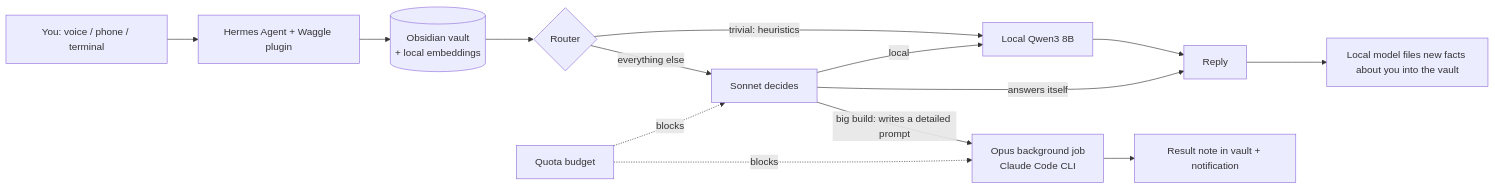
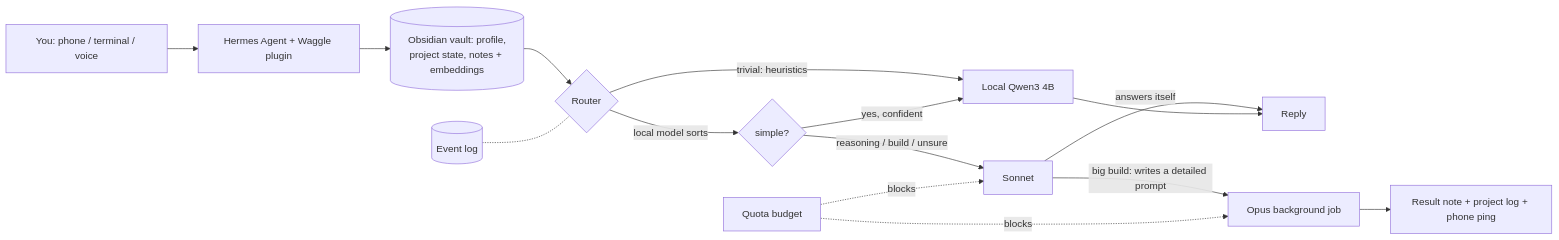
One commit to LILRINO71/waggle changed the diagram in README.md. Above: the diagram before and after it, drawn with Mermaid. The commit also changed other lines of this file and 18 other files, not shown here.

First line of the commit message:
Waggle phase 2: project awareness, proactive loop, phone, local-first routing

````diff
--- a/README.md
+++ b/README.md
@@ -16,16 +16,17 @@
 ```mermaid
 flowchart LR
-    U[You: voice / phone / terminal] --> H[Hermes Agent + Waggle plugin]
-    H --> M[(Obsidian vault<br/>+ local embeddings)]
+    U[You: phone / terminal / voice] --> H[Hermes Agent + Waggle plugin]
+    H --> M[(Obsidian vault: profile,<br/>project state, notes + embeddings)]
     M --> R{Router}
-    R -- trivial: heuristics --> L[Local Qwen3 8B]
-    R -- everything else --> S[Sonnet decides]
-    S -- local --> L
+    R -- trivial: heuristics --> L[Local Qwen3 4B]
+    R -- local model sorts --> C{simple?}
+    C -- yes, confident --> L
+    C -- reasoning / build / unsure --> S[Sonnet]
     S -- answers itself --> A[Reply]
-    S -- big build: writes a detailed prompt --> O[Opus background job<br/>Claude Code CLI]
-    O --> V[Result note in vault + notification]
+    S -- big build: writes a detailed prompt --> O[Opus background job]
+    O --> V[Result note + project log + phone ping]
     L --> A
-    A --> LE[Local model files new facts about you into the vault]
     Q[Quota budget] -. blocks .-> S
     Q -. blocks .-> O
+    E[(Event log)] -.- R
 ```
````
